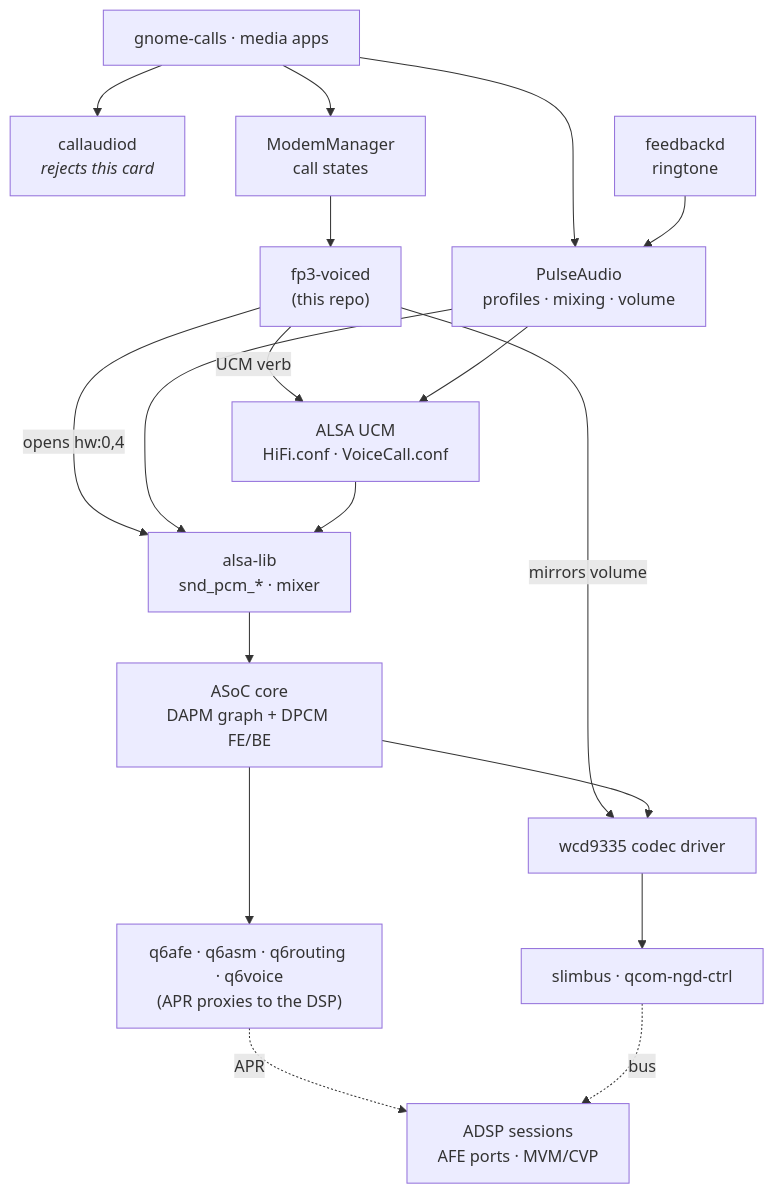
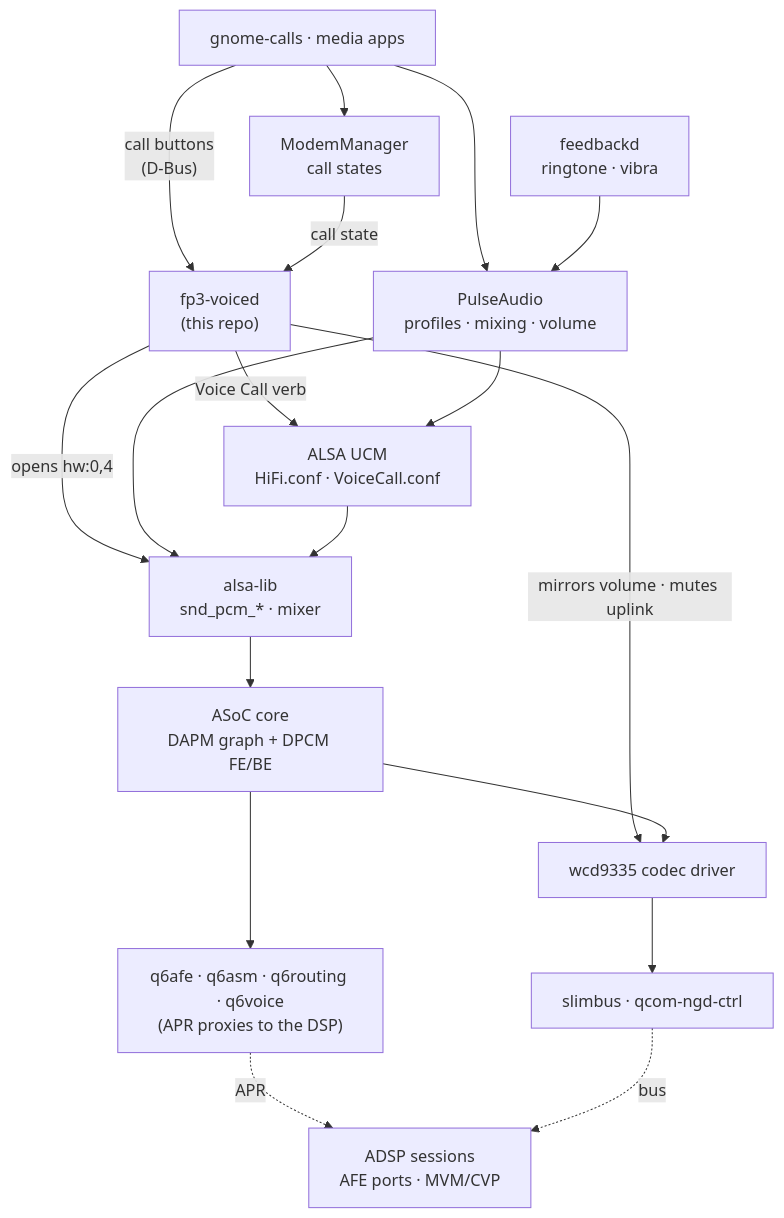
Before and after one commit to llg179/fp3-pmaports: the second of 3 diagrams in README.md, drawn with Mermaid. The commit also changed other lines of this file and 2 other files, not shown here.

````diff
--- a/README.md
+++ b/README.md
@@ -387,34 +392,33 @@
 ```mermaid
 flowchart TD
     APP["gnome-calls · media apps"]
-    CAD["callaudiod<br/><i>rejects this card</i>"]
     MM["ModemManager<br/>call states"]
-    FBD["feedbackd<br/>ringtone"]
+    FBD["feedbackd<br/>ringtone · vibra"]
     VD["fp3-voiced<br/>(this repo)"]
     PA["PulseAudio<br/>profiles · mixing · volume"]
     UCM["ALSA UCM<br/>HiFi.conf · VoiceCall.conf"]
     LIB["alsa-lib<br/>snd_pcm_* · mixer"]
     ASOC["ASoC core<br/>DAPM graph + DPCM FE/BE"]
     CODEC["wcd9335 codec driver"]
     Q6["q6afe · q6asm · q6routing · q6voice<br/>(APR proxies to the DSP)"]
     SLIM["slimbus · qcom-ngd-ctrl"]
     DSP["ADSP sessions<br/>AFE ports · MVM/CVP"]
 
-    APP --> CAD
+    APP -- "call buttons<br/>(D-Bus)" --> VD
     APP --> MM
     APP --> PA
-    MM --> VD
+    MM -- "call state" --> VD
     FBD --> PA
-    VD -- "UCM verb" --> UCM
+    VD -- "Voice Call verb" --> UCM
     VD -- "opens hw:0,4" --> LIB
-    VD -- "mirrors volume" --> CODEC
+    VD -- "mirrors volume · mutes uplink" --> CODEC
     PA --> UCM
     PA --> LIB
     UCM --> LIB
     LIB --> ASOC
     ASOC --> CODEC
     ASOC --> Q6
     CODEC --> SLIM
     Q6 -. "APR" .-> DSP
     SLIM -. "bus" .-> DSP
 ```
````
